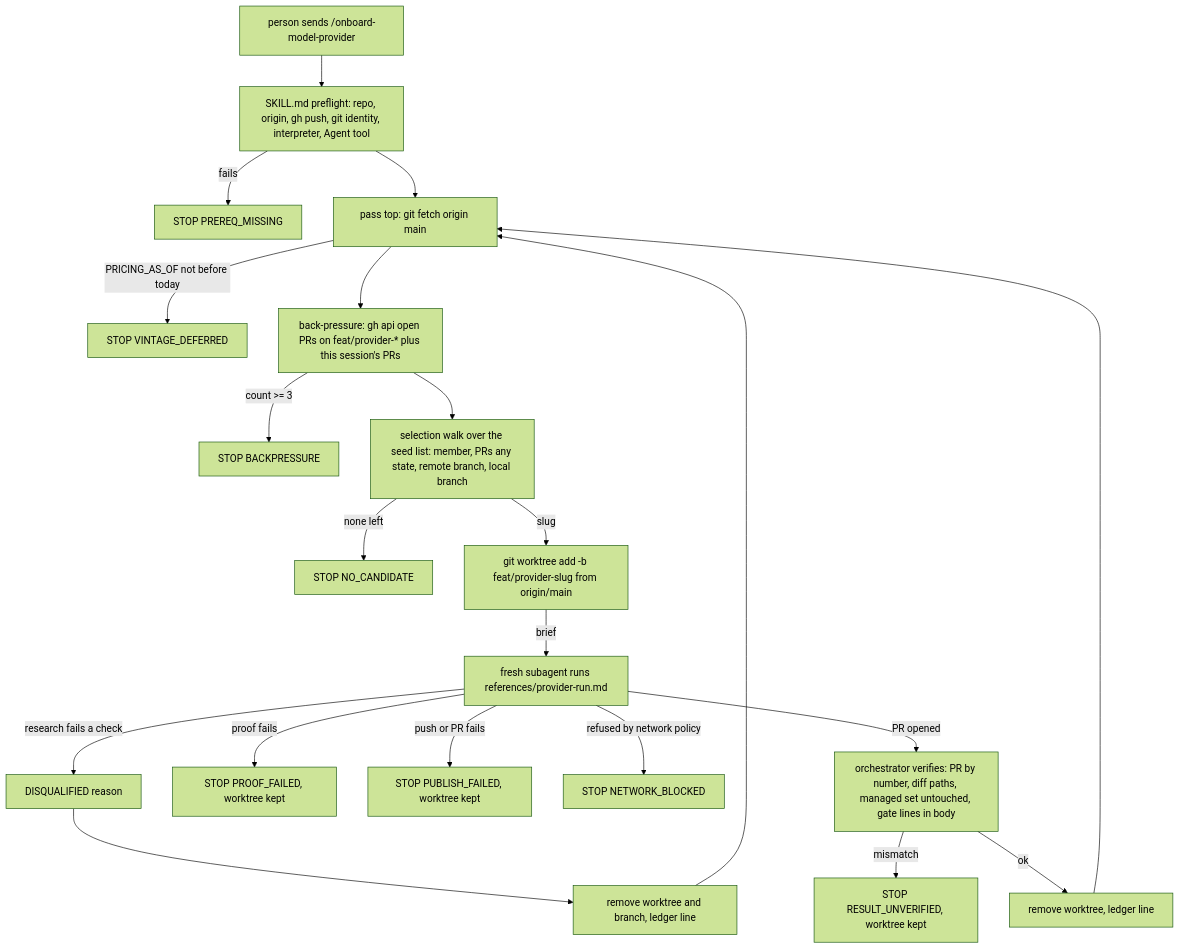
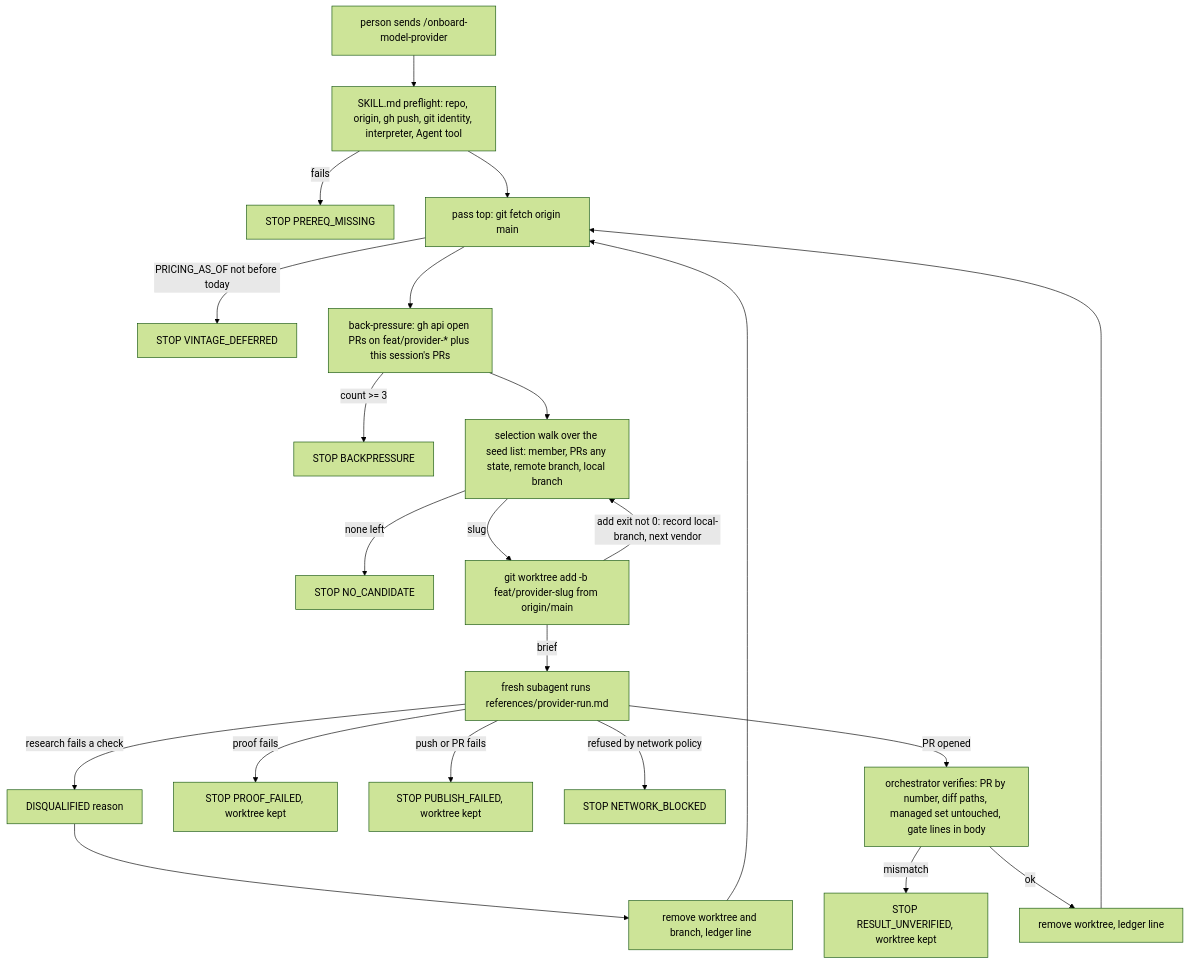
One commit to cerredz/Vidbyte-SDK changed the first of 2 diagrams in docs/spec/provider-onboarding-skill/spec.md. Above: the diagram before and after it, drawn with Mermaid (forest theme). The commit also changed other lines of this file, not shown here.

````diff
--- a/docs/spec/provider-onboarding-skill/spec.md
+++ b/docs/spec/provider-onboarding-skill/spec.md
@@ -134,22 +134,23 @@
 ```mermaid
 flowchart TD
   U[person sends /onboard-model-provider] --> P[SKILL.md preflight: repo, origin, gh push, git identity, interpreter, Agent tool]
   P -->|fails| S1[STOP PREREQ_MISSING]
   P --> F[pass top: git fetch origin main]
   F -->|PRICING_AS_OF not before today| S2[STOP VINTAGE_DEFERRED]
   F --> B[back-pressure: gh api open PRs on feat/provider-* plus this session's PRs]
   B -->|count >= 3| S3[STOP BACKPRESSURE]
   B --> W[selection walk over the seed list: member, PRs any state, remote branch, local branch]
   W -->|none left| S4[STOP NO_CANDIDATE]
   W -->|slug| T[git worktree add -b feat/provider-slug from origin/main]
+  T -->|add exit not 0: record local-branch, next vendor| W
   T -->|brief| A[fresh subagent runs references/provider-run.md]
   A -->|research fails a check| D[DISQUALIFIED reason]
   A -->|proof fails| S5[STOP PROOF_FAILED, worktree kept]
   A -->|push or PR fails| S6[STOP PUBLISH_FAILED, worktree kept]
   A -->|refused by network policy| S7[STOP NETWORK_BLOCKED]
   A -->|PR opened| V[orchestrator verifies: PR by number, diff paths, managed set untouched, gate lines in body]
   V -->|mismatch| S8[STOP RESULT_UNVERIFIED, worktree kept]
   V -->|ok| C[remove worktree, ledger line]
   D --> C2[remove worktree and branch, ledger line] --> F
   C --> F
 ```
````
